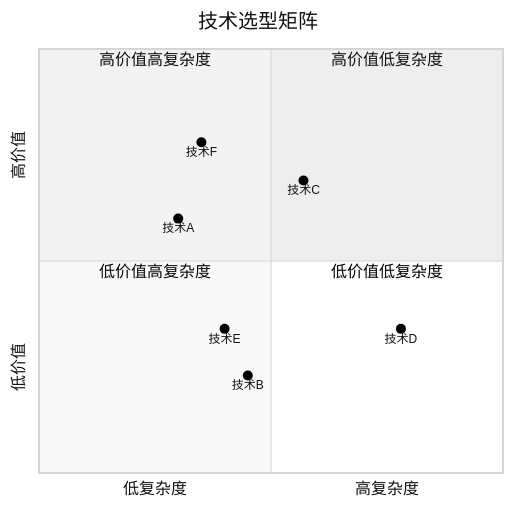
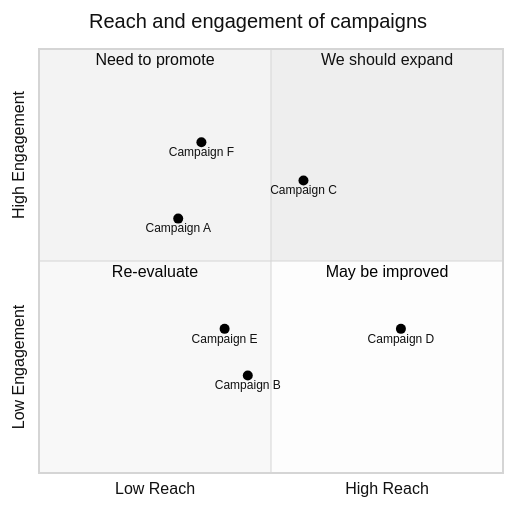
One commit to ai-archi/vault-togaf changed the diagram in archi-templates/content/mermaid/mermaid-quadrant.mmd. Above: the diagram before and after it, drawn with Mermaid (neutral theme). The commit also changed other lines of this file and 7 other files, not shown here.

Commit message:
feat:添加plantuml官方示例,修复示例错误

```diff
--- a/archi-templates/content/mermaid/mermaid-quadrant.mmd
+++ b/archi-templates/content/mermaid/mermaid-quadrant.mmd
@@ -1,14 +1,14 @@
 quadrantChart
-    title 技术选型矩阵
-    x-axis 低复杂度 --> 高复杂度
-    y-axis 低价值 --> 高价值
-    quadrant-1 高价值低复杂度
-    quadrant-2 高价值高复杂度
-    quadrant-3 低价值高复杂度
-    quadrant-4 低价值低复杂度
-    技术A: [0.3, 0.6]
-    技术B: [0.45, 0.23]
-    技术C: [0.57, 0.69]
-    技术D: [0.78, 0.34]
-    技术E: [0.40, 0.34]
-    技术F: [0.35, 0.78]
+    title Reach and engagement of campaigns
+    x-axis Low Reach --> High Reach
+    y-axis Low Engagement --> High Engagement
+    quadrant-1 We should expand
+    quadrant-2 Need to promote
+    quadrant-3 Re-evaluate
+    quadrant-4 May be improved
+    Campaign A: [0.3, 0.6]
+    Campaign B: [0.45, 0.23]
+    Campaign C: [0.57, 0.69]
+    Campaign D: [0.78, 0.34]
+    Campaign E: [0.40, 0.34]
+    Campaign F: [0.35, 0.78]
```
